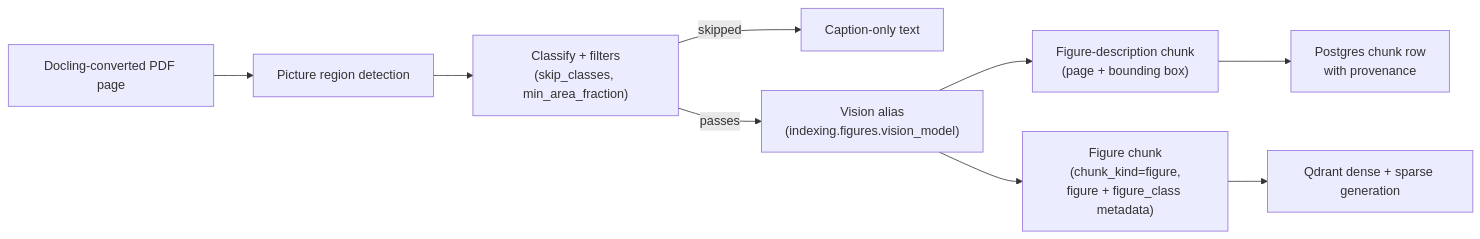
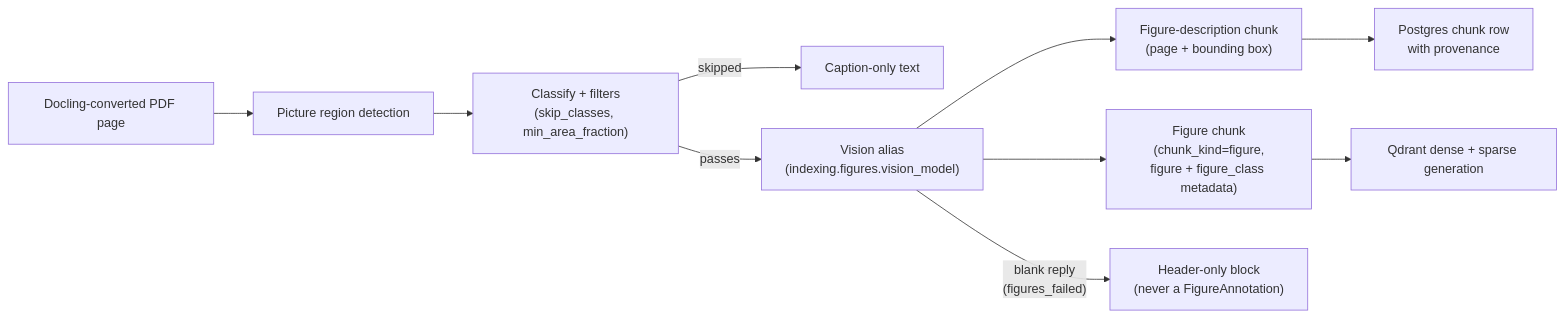
The third of 3 diagrams in mkdocs/docs/indexing.md (DMontgomery40/ragweld), drawn with Mermaid before and after one commit. The commit also changed other lines of this file and 2 other files, not shown here.

````diff
--- a/mkdocs/docs/indexing.md
+++ b/mkdocs/docs/indexing.md
@@ -204,11 +205,12 @@
 ```mermaid
 flowchart LR
   PDF["Docling-converted PDF page"] --> DET["Picture region detection"]
   DET --> CLS["Classify + filters\n(skip_classes, min_area_fraction)"]
   CLS -->|"skipped"| CAP["Caption-only text"]
   CLS -->|"passes"| VIS["Vision alias\n(indexing.figures.vision_model)"]
   VIS --> CHUNK["Figure-description chunk\n(page + bounding box)"]
   VIS --> CHUNK2["Figure chunk\n(chunk_kind=figure,\nfigure + figure_class metadata)"]
+  VIS -->|"blank reply\n(figures_failed)"| HDR["Header-only block\n(never a FigureAnnotation)"]
   CHUNK2 --> QD["Qdrant dense + sparse generation"]
   CHUNK --> PG["Postgres chunk row\nwith provenance"]
 ```
````
